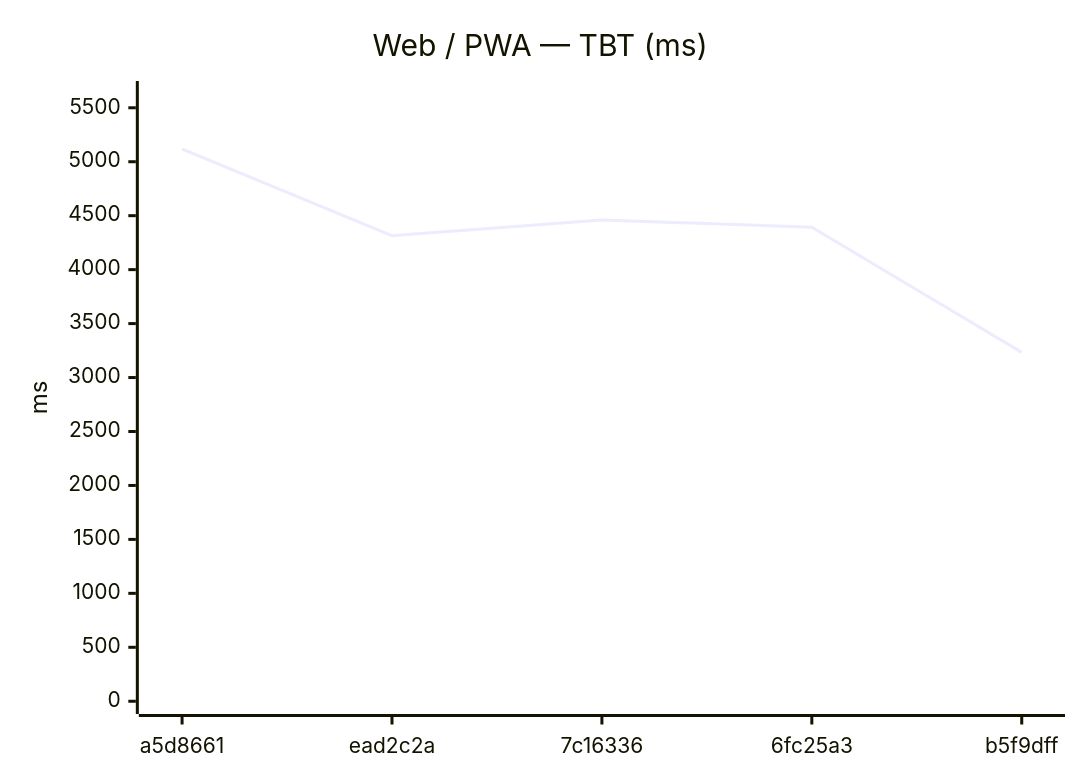
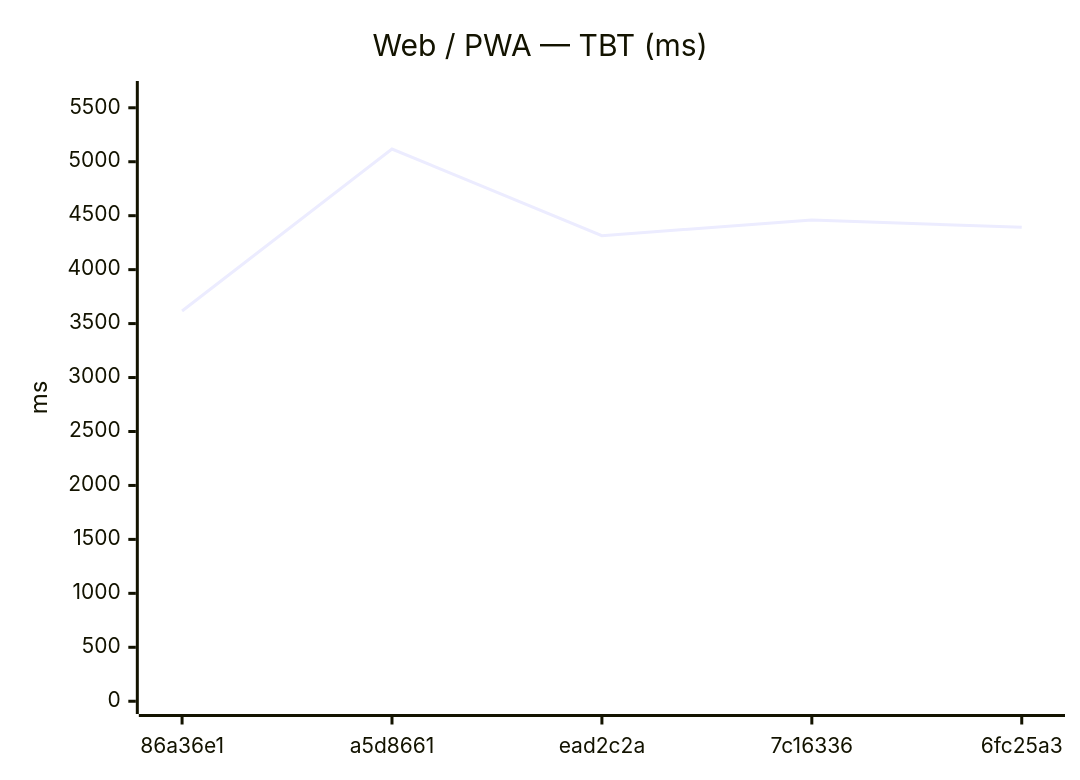
Before and after one commit to Metaheurist/Rianell: the sixth of 12 diagrams in benchmarks/compare.md, drawn with Mermaid. The commit also changed other lines of this file and 8 other files, not shown here.

````diff
--- a/benchmarks/compare.md
+++ b/benchmarks/compare.md
@@ -89,7 +89,7 @@
 ```mermaid
 xychart-beta
     title "Web / PWA — TBT (ms)"
-    x-axis ["a5d8661", "ead2c2a", "7c16336", "6fc25a3", "b5f9dff"]
+    x-axis ["86a36e1", "a5d8661", "ead2c2a", "7c16336", "6fc25a3"]
     y-axis "ms" 0 --> 5630
-    line [5118, 4315, 4460, 4393, 3233]
+    line [3617, 5118, 4315, 4460, 4393]
 ```
````
